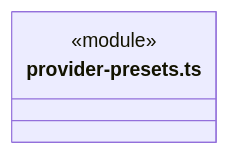
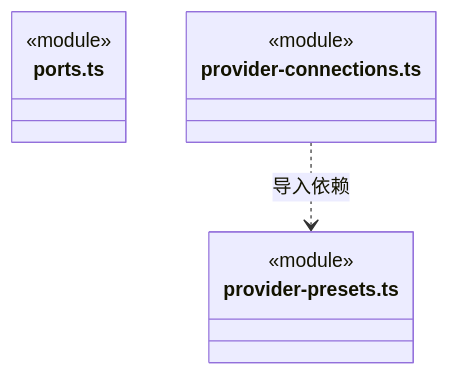
One commit to nan023062/cbim changed the second of 5 diagrams in src/logic/models/ARCHITECTURE.md. Above: the diagram before and after it, drawn with Mermaid. The commit also changed other lines of this file and 15 other files, not shown here.

````diff
--- a/src/logic/models/ARCHITECTURE.md
+++ b/src/logic/models/ARCHITECTURE.md
@@ -51,6 +53,13 @@
 ```mermaid
 classDiagram
+class N_src_logic_models_ports_ts["ports.ts"] {
+  <<module>>
+}
+class N_src_logic_models_provider_connections_ts["provider-connections.ts"] {
+  <<module>>
+}
 class N_src_logic_models_provider_presets_ts["provider-presets.ts"] {
   <<module>>
 }
+N_src_logic_models_provider_connections_ts ..> N_src_logic_models_provider_presets_ts : 导入依赖
 ```
````
